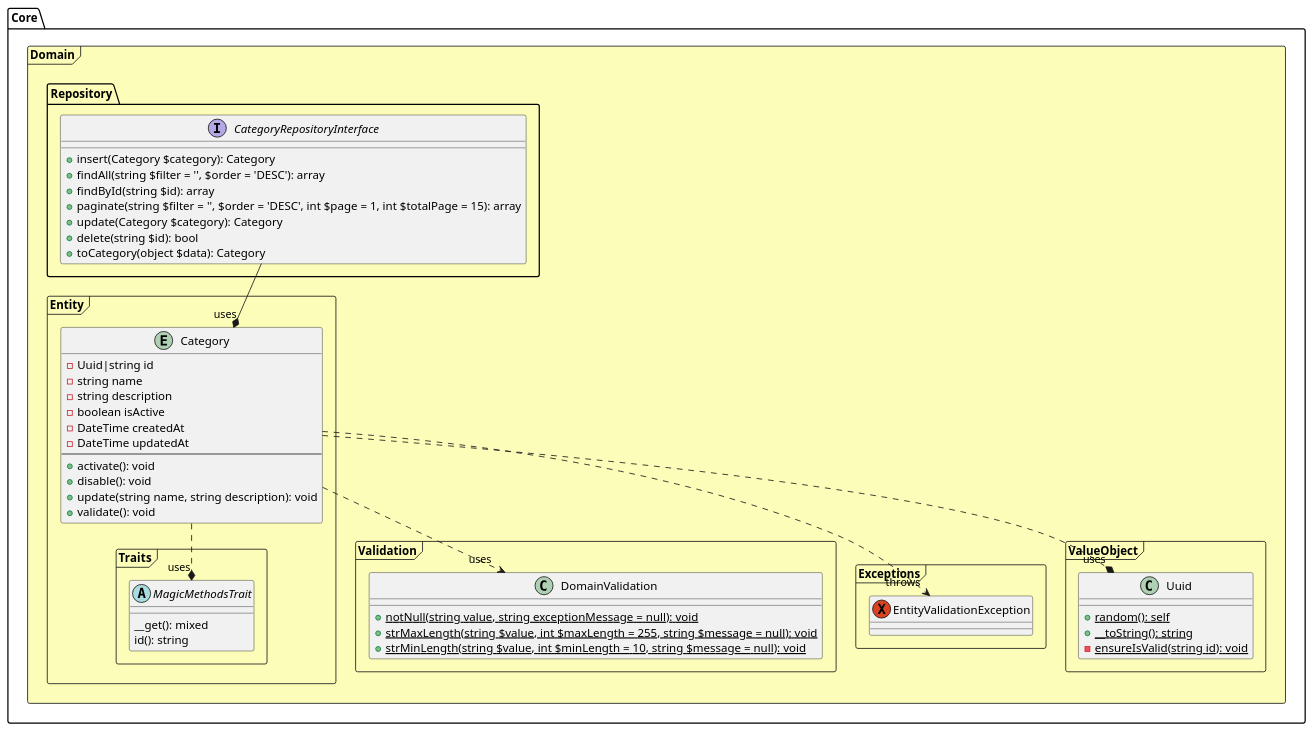
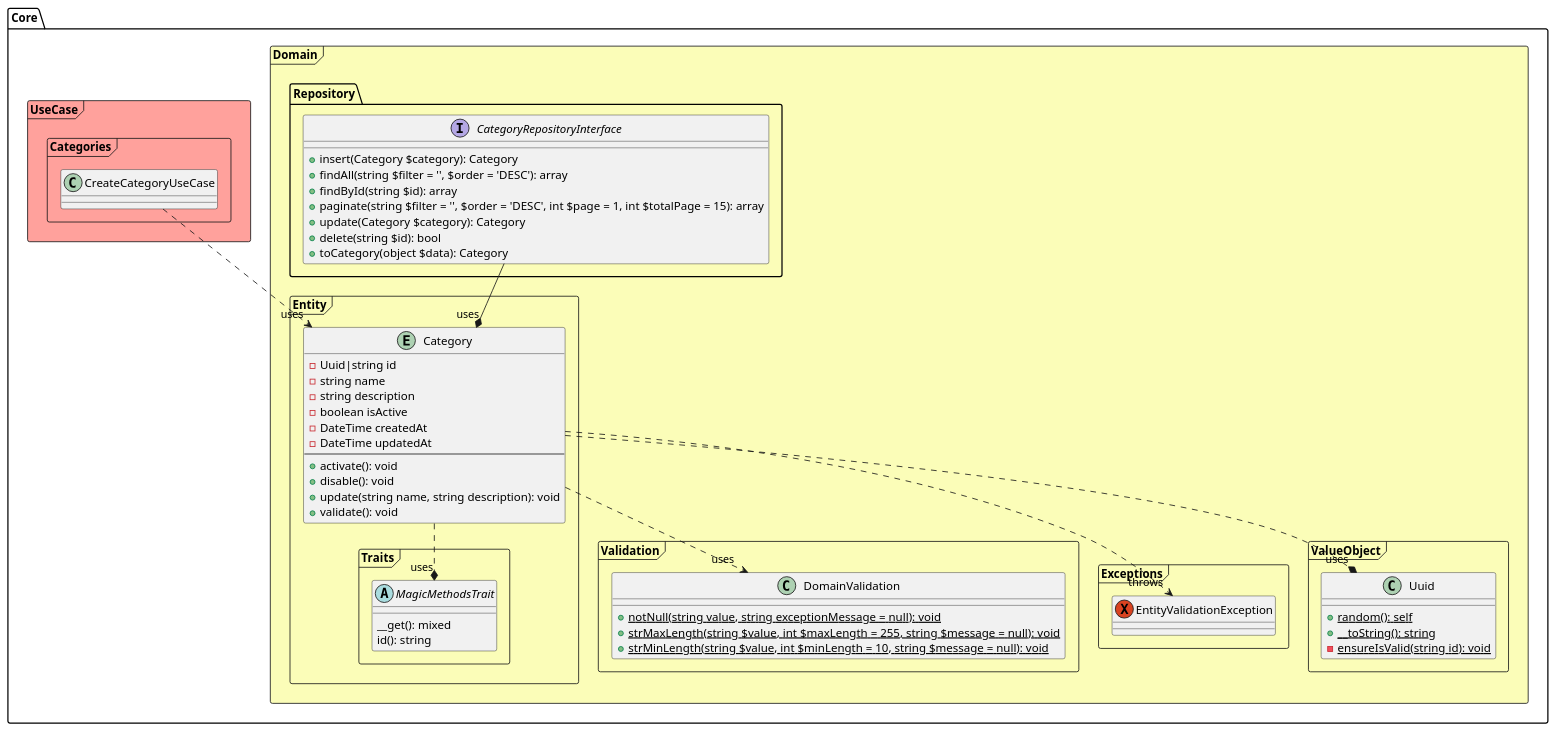
The diagram in docs/C4/04-code.puml (TiagOliveiraTI/microservice-video-catalog), drawn with PlantUML before and after one commit. The commit also changed 2 other files, not shown here.

Commit message:
feat: implements CreateCategoryUseCase class

```diff
--- a/docs/C4/04-code.puml
+++ b/docs/C4/04-code.puml
@@ -1,74 +1,85 @@
 @startuml Diagrama de Classe
 
 ' cores amarelo #fbfdb8 , vermelho #ffa19c, verde #a3fcb9, azul #a7d7d7
 package "Core" {
     package "Domain" <<Frame>> #fbfdb8 {
         package "Validation" <<Frame>> {
             class DomainValidation {
                 + {static} notNull(string value, string exceptionMessage = null): void
                 + {static} strMaxLength(string $value, int $maxLength = 255, string $message = null): void
                 + {static} strMinLength(string $value, int $minLength = 10, string $message = null): void
             }
         }
 
         package "Exceptions" <<Frame>> {
             exception EntityValidationException {
 
             }
         }
 
         package "ValueObject" <<Frame>>{
             class Uuid {
                 + {static} random(): self
                 + {static} __toString(): string
                 - {static} ensureIsValid(string id): void
             }
         }
 
         package "Repository" {
             interface CategoryRepositoryInterface {
                 + insert(Category $category): Category
                 + findAll(string $filter = '', $order = 'DESC'): array
                 + findById(string $id): array
                 + paginate(string $filter = '', $order = 'DESC', int $page = 1, int $totalPage = 15): array
                 + update(Category $category): Category
                 + delete(string $id): bool
                 + toCategory(object $data): Category
             }
         }
         
         package "Entity" <<Frame>>{
             ' - private #protected +public ~package private
 
             package "Traits" <<Frame>>{
                 abstract class MagicMethodsTrait {
                     __get(): mixed
                     id(): string
                 }
             }
 
             Entity Category {
                 - Uuid|string id
                 - string name
                 - string description
                 - boolean isActive
                 - DateTime createdAt
                 - DateTime updatedAt
                 ---
                 + activate(): void
                 + disable(): void
                 + update(string name, string description): void
                 + validate(): void
             }
         }
     }
+
+    package "UseCase" <<Frame>> #ffa19c {
+        package "Categories" <<Frame>> {
+            class CreateCategoryUseCase {
+                 
+            }
+        }
+    }
+
 }
 
+' Entity Category
 Category ..* "uses" MagicMethodsTrait
 Category ..> "uses" DomainValidation
 Category ..* "uses" Uuid
+CategoryRepositoryInterface --* "uses" Category
+Category ..> "throws" EntityValidationException
 
-CategoryRepositoryInterface --* "uses" Category
-
-Category ..> "throws" EntityValidationException
+' UseCase CreateCategoryUseCase
+CreateCategoryUseCase ..> "uses" Category
 @enduml
```
